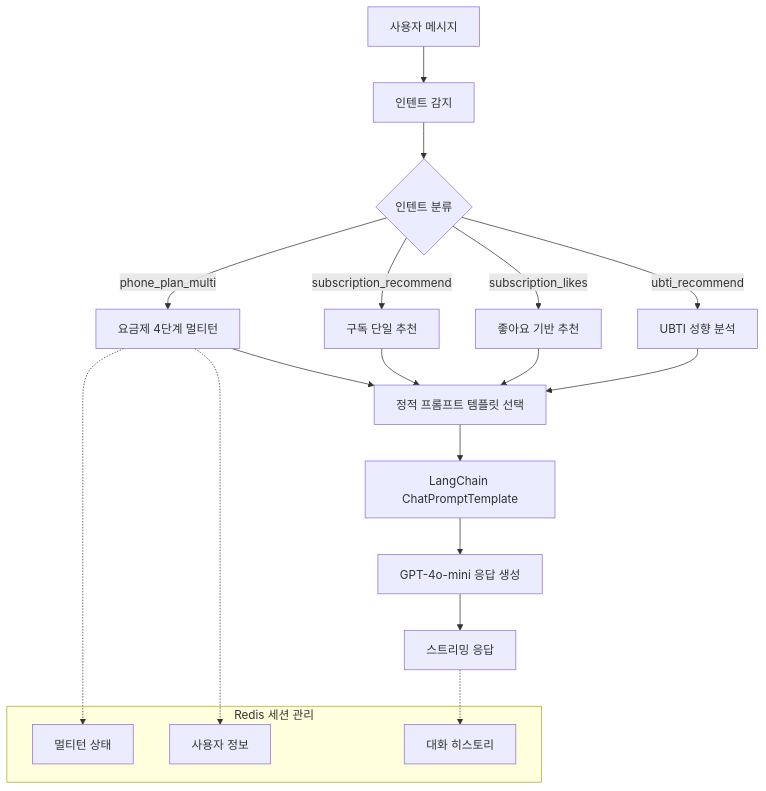
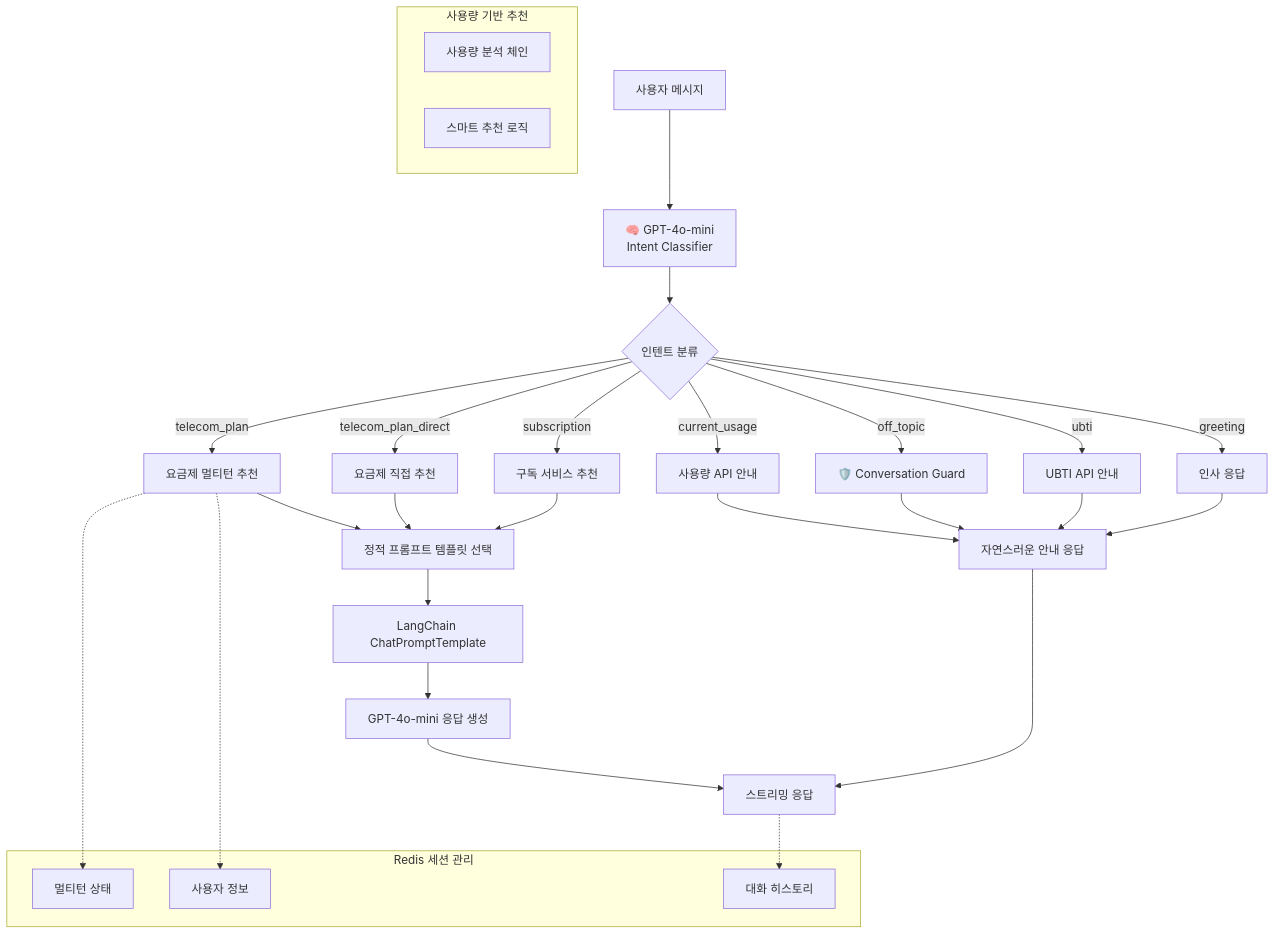
The first of 2 diagrams in README.md (Ureca-Middle-Project-Team4/4EVER0-AI), drawn with Mermaid before and after one commit. The commit also changed other lines of this file and 5 other files, not shown here.

````diff
--- a/README.md
+++ b/README.md
@@ -108,29 +213,41 @@
 ```mermaid
 graph TD
-    A[사용자 메시지] --> B[인텐트 감지]
+    A[사용자 메시지] --> B[🧠 GPT-4o-mini<br/>Intent Classifier]
     B --> C{인텐트 분류}
     
-    C -->|phone_plan_multi| D[요금제 4단계 멀티턴]
-    C -->|subscription_recommend| E[구독 단일 추천]
-    C -->|subscription_likes| F[좋아요 기반 추천]
-    C -->|ubti_recommend| G[UBTI 성향 분석]
+    C -->|telecom_plan| D[요금제 멀티턴 추천]
+    C -->|telecom_plan_direct| E[요금제 직접 추천]
+    C -->|subscription| F[구독 서비스 추천]
+    C -->|current_usage| G[사용량 API 안내]
+    C -->|off_topic| H[🛡️ Conversation Guard]
+    C -->|ubti| I[UBTI API 안내]
+    C -->|greeting| J[인사 응답]
     
-    D --> H[정적 프롬프트 템플릿 선택]
-    E --> H
-    F --> H
-    G --> H
+    D --> K[정적 프롬프트 템플릿 선택]
+    E --> K
+    F --> K
+    G --> L[자연스러운 안내 응답]
+    H --> L
+    I --> L
+    J --> L
     
-    H --> I[LangChain ChatPromptTemplate]
-    I --> J[GPT-4o-mini 응답 생성]
-    J --> K[스트리밍 응답]
+    K --> M[LangChain ChatPromptTemplate]
+    M --> N[GPT-4o-mini 응답 생성]
+    N --> O[스트리밍 응답]
+    L --> O
+    
+    subgraph "사용량 기반 추천"
+        P[사용량 분석 체인]
+        Q[스마트 추천 로직]
+    end
     
     subgraph "Redis 세션 관리"
-        L[멀티턴 상태]
-        M[사용자 정보]
-        N[대화 히스토리]
+        R[멀티턴 상태]
+        S[사용자 정보]
+        T[대화 히스토리]
     end
     
-    D -.-> L
-    D -.-> M
-    K -.-> N
+    D -.-> R
+    D -.-> S
+    O -.-> T
 ```
````
